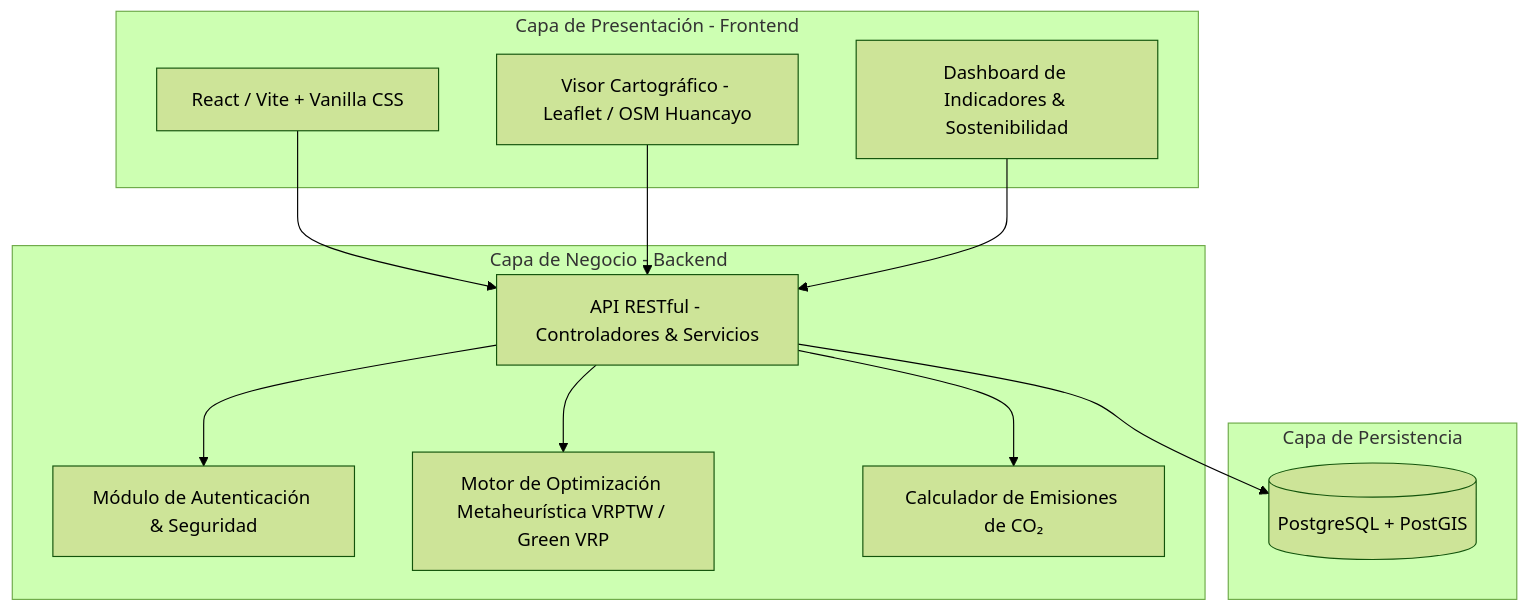
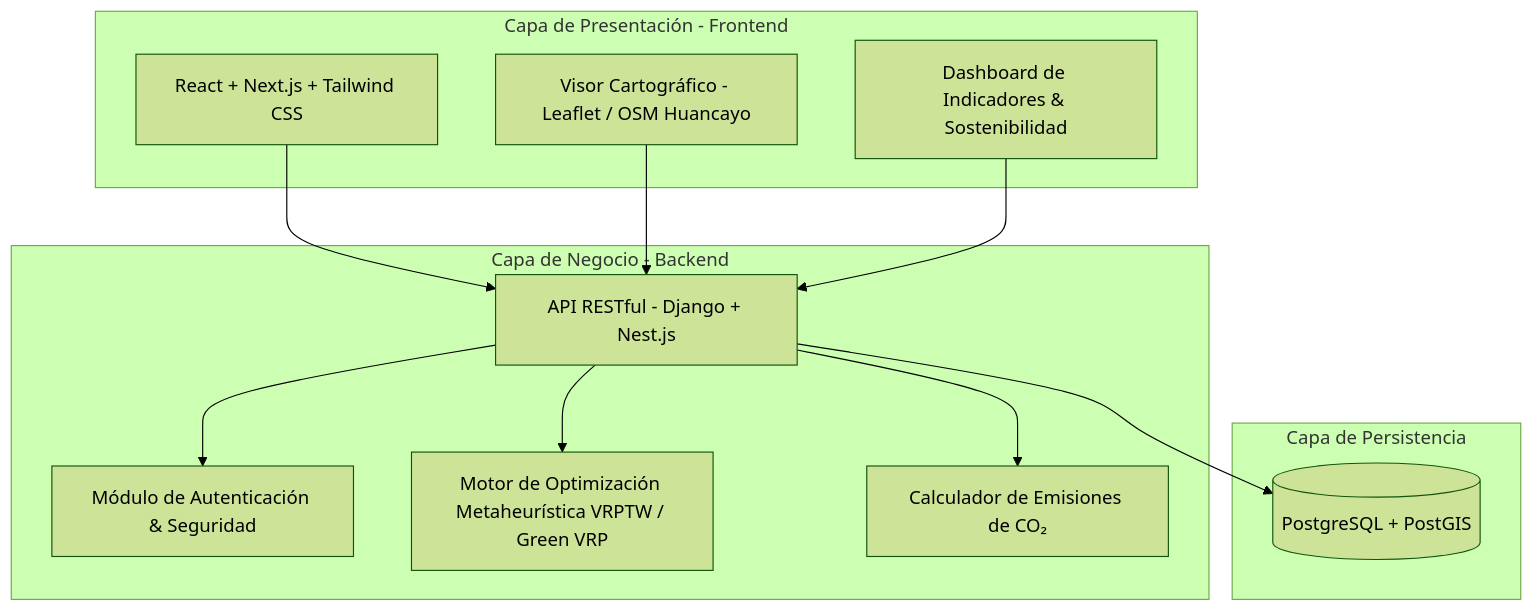
One commit to alexito-dev/EcoLogistica changed the first of 2 diagrams in README.md. Above: the diagram before and after it, drawn with Mermaid (forest theme). The commit also changed other lines of this file and 5 other files, not shown here.

````diff
--- a/README.md
+++ b/README.md
@@ -87,27 +87,27 @@
 ```mermaid
 graph TD
     subgraph Cliente [Capa de Presentación - Frontend]
-        UI[React / Vite + Vanilla CSS]
+        UI[React + Next.js + Tailwind CSS]
         Map[Visor Cartográfico - Leaflet / OSM Huancayo]
         Dash[Dashboard de Indicadores & Sostenibilidad]
     end
 
     subgraph Servidor [Capa de Negocio - Backend]
-        API[API RESTful - Controladores & Servicios]
+        API[API RESTful - Django + Nest.js]
         Auth[Módulo de Autenticación & Seguridad]
         Engine[Motor de Optimización Metaheurística VRPTW / Green VRP]
         CO2[Calculador de Emisiones de CO₂]
     end
 
     subgraph Datos [Capa de Persistencia]
         DB[(PostgreSQL + PostGIS)]
     end
 
     UI --> API
     Map --> API
     Dash --> API
     API --> Auth
     API --> Engine
     API --> CO2
     API --> DB
 ```
````
